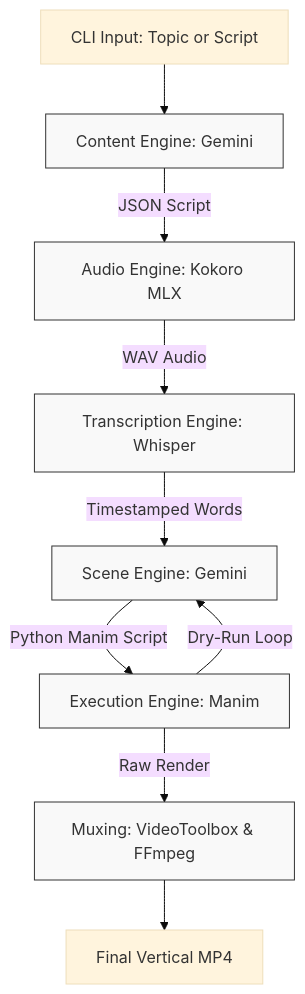
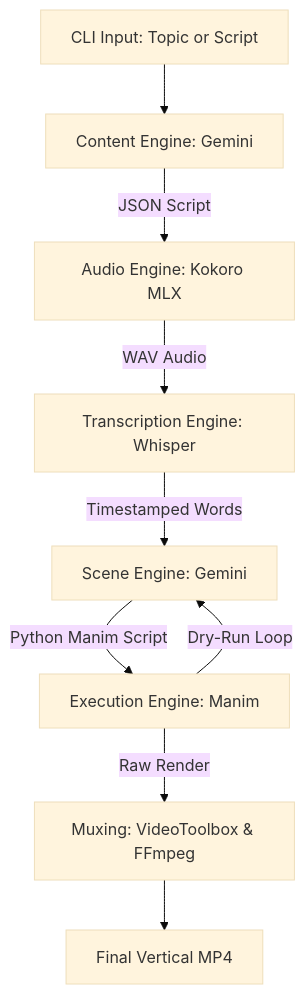
Before and after one commit to aman-senpai/auto-video: the first of 2 diagrams in README.md, drawn with Mermaid (base theme).

Commit message:
docs: Remove custom styling from mermaid graphs to use default theme

````diff
--- a/README.md
+++ b/README.md
@@ -9,14 +9,11 @@
 ```mermaid
 graph TD
     A[CLI Input: Topic or Script] --> B[Content Engine: Gemini]
     B --> |JSON Script| C[Audio Engine: Kokoro MLX]
     C --> |WAV Audio| D[Transcription Engine: Whisper]
     D --> |Timestamped Words| E[Scene Engine: Gemini]
     E --> |Python Manim Script| F[Execution Engine: Manim]
     F --> |Dry-Run Loop| E
     F --> |Raw Render| G[Muxing: VideoToolbox & FFmpeg]
     G --> H[Final Vertical MP4]
-    
-    classDef engine fill:#f9f9f9,stroke:#333,stroke-width:1px;
-    class B,C,D,E,F,G engine;
 ```
````
